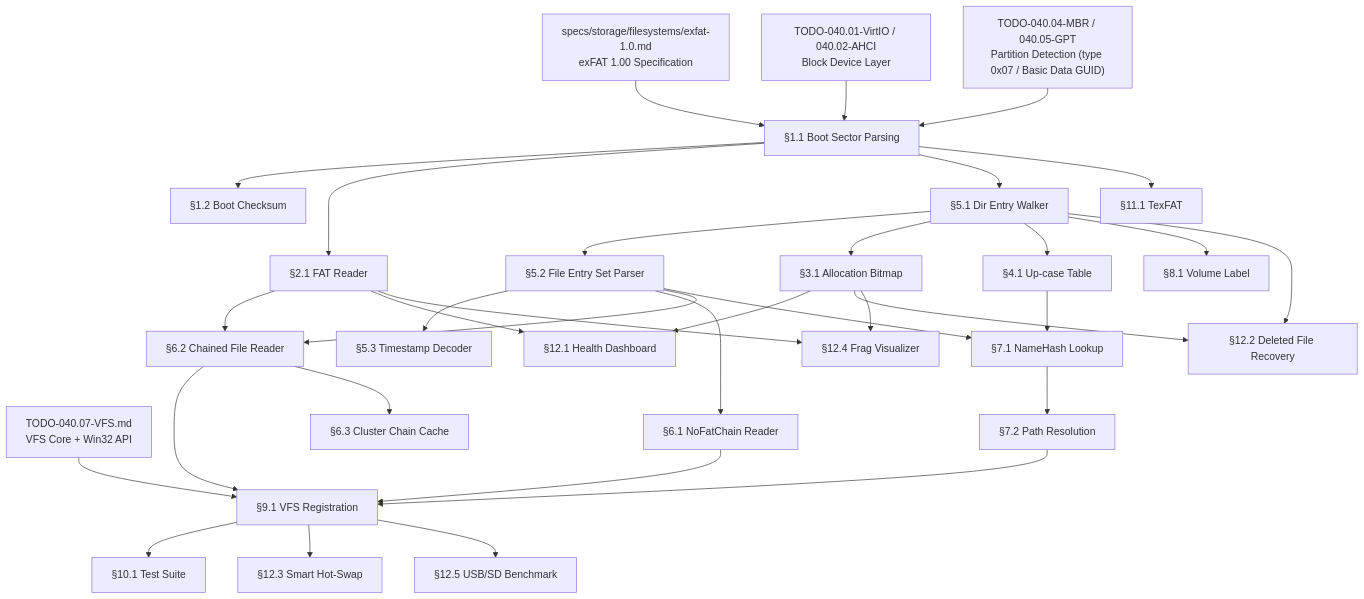
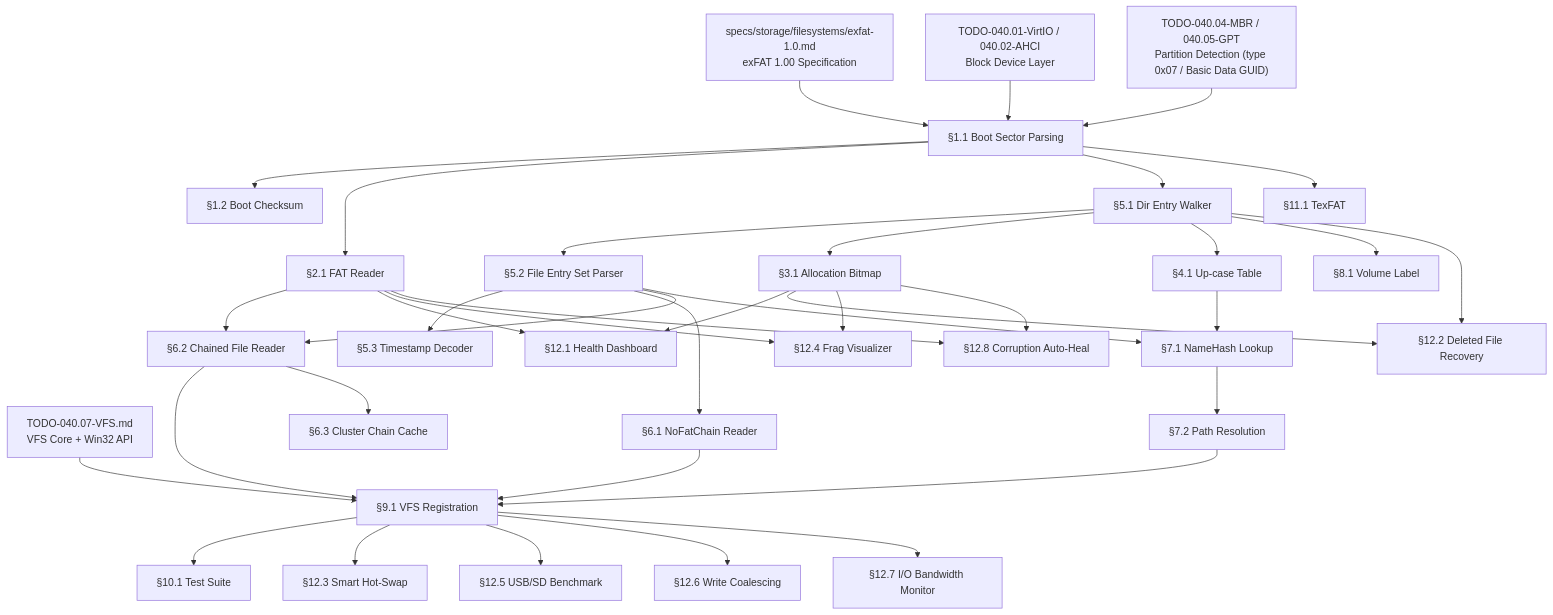
The diagram in todo/010-Kernel-Foundations/TODO-040-Filesystem/TODO-040.10-exFAT.md (rizonesoft/impossible-os), drawn with Mermaid before and after one commit. The commit also changed other lines of this file and 5 other files, not shown here.

````diff
--- a/todo/010-Kernel-Foundations/TODO-040-Filesystem/TODO-040.10-exFAT.md
+++ b/todo/010-Kernel-Foundations/TODO-040-Filesystem/TODO-040.10-exFAT.md
@@ -42,63 +42,70 @@
 ```mermaid
 graph TD
     SPEC["specs/storage/filesystems/exfat-1.0.md<br/>exFAT 1.00 Specification"]
     BLK["TODO-040.01-VirtIO / 040.02-AHCI<br/>Block Device Layer"]
     PART["TODO-040.04-MBR / 040.05-GPT<br/>Partition Detection (type 0x07 / Basic Data GUID)"]
     VFS["TODO-040.07-VFS.md<br/>VFS Core + Win32 API"]
 
     A["§1.1 Boot Sector Parsing"]
     B["§1.2 Boot Checksum"]
     C["§2.1 FAT Reader"]
     D["§5.1 Dir Entry Walker"]
     E["§5.2 File Entry Set Parser"]
     F["§5.3 Timestamp Decoder"]
     G["§3.1 Allocation Bitmap"]
     H["§4.1 Up-case Table"]
     I["§6.1 NoFatChain Reader"]
     J["§6.2 Chained File Reader"]
     K["§6.3 Cluster Chain Cache"]
     L["§7.1 NameHash Lookup"]
     M["§7.2 Path Resolution"]
     N["§8.1 Volume Label"]
     O["§9.1 VFS Registration"]
     P["§10.1 Test Suite"]
     Q["§11.1 TexFAT"]
     R["§12.1 Health Dashboard"]
     S["§12.2 Deleted File Recovery"]
     T["§12.3 Smart Hot-Swap"]
     U["§12.4 Frag Visualizer"]
     V["§12.5 USB/SD Benchmark"]
+    W["§12.6 Write Coalescing"]
+    X["§12.7 I/O Bandwidth Monitor"]
+    Y["§12.8 Corruption Auto-Heal"]
 
     SPEC --> A
     BLK --> A
     PART --> A
     A --> B
     A --> C
     A --> D
     C --> J
     D --> E
     D --> G
     D --> H
     D --> N
     E --> F
     E --> I
     E --> J
     E --> L
     H --> L
     I --> O
     J --> O
     J --> K
     L --> M
     M --> O
     VFS --> O
     G --> R
     C --> R
     O --> P
     A --> Q
     G --> S
     D --> S
     O --> T
     G --> U
     C --> U
     O --> V
+    O --> W
+    O --> X
+    G --> Y
+    C --> Y
 ```
````
